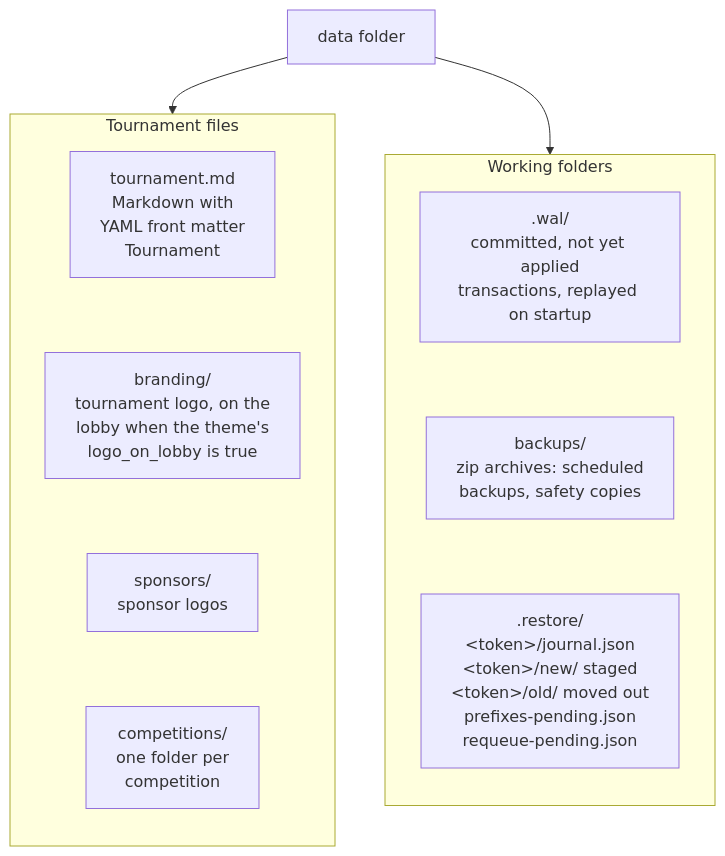
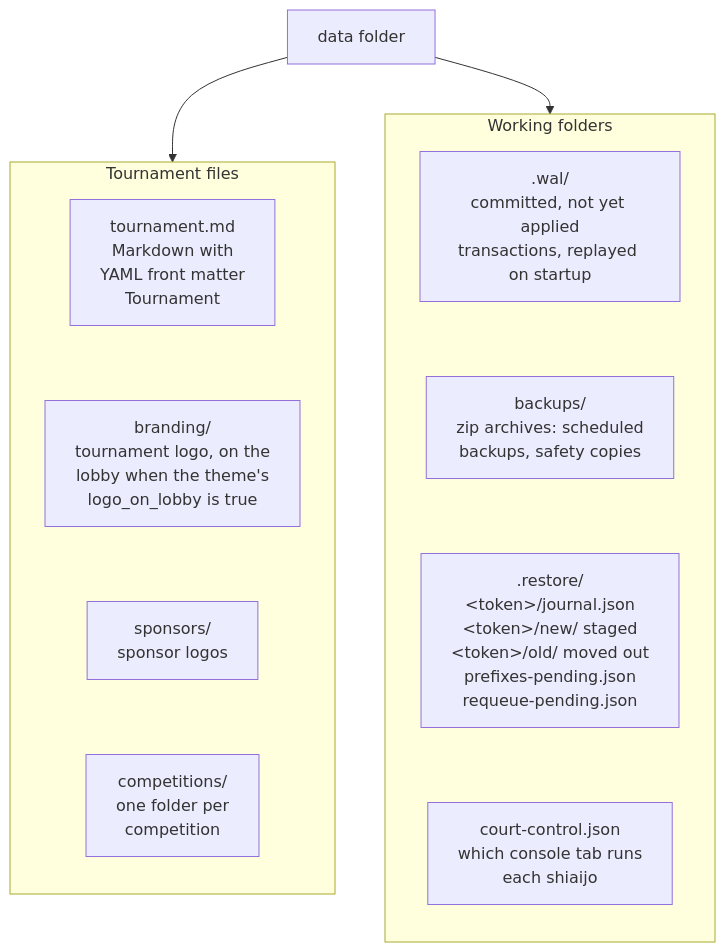
The sixth of 8 diagrams in docs/architecture/data-model.md (gitrgoliveira/bracket-creator), drawn with Mermaid before and after one commit. The commit also changed other lines of this file and 5 other files, not shown here.

Commit message:
fix(bc-sseq): a tab that still holds a freed shiaijo takes it back at once, the control bar's sentences all end in a full stop, and data-model.md records court-control.json

````diff
--- a/docs/architecture/data-model.md
+++ b/docs/architecture/data-model.md
@@ -683,24 +683,25 @@
 ```mermaid
 flowchart TB
     root["data folder"]
 
     subgraph top ["Tournament files"]
         direction TB
         tournament_md["tournament.md<br/>Markdown with<br/>YAML front matter<br/>Tournament"]
         branding_dir["branding/<br/>tournament logo, on the<br/>lobby when the theme's<br/>logo_on_lobby is true"]
         sponsors_dir["sponsors/<br/>sponsor logos"]
         competitions_dir["competitions/<br/>one folder per<br/>competition"]
         tournament_md ~~~ branding_dir ~~~ sponsors_dir ~~~ competitions_dir
     end
 
     subgraph work ["Working folders"]
         direction TB
         wal[".wal/<br/>committed, not yet applied<br/>transactions, replayed on startup"]
         backups_dir["backups/<br/>zip archives: scheduled<br/>backups, safety copies"]
         restore_dir[".restore/<br/>#lt;token#gt;/journal.json<br/>#lt;token#gt;/new/ staged<br/>#lt;token#gt;/old/ moved out<br/>prefixes-pending.json<br/>requeue-pending.json"]
-        wal ~~~ backups_dir ~~~ restore_dir
+        court_control["court-control.json<br/>which console tab runs<br/>each shiaijo"]
+        wal ~~~ backups_dir ~~~ restore_dir ~~~ court_control
     end
 
     root --> top
     root --> work
 ```
````
